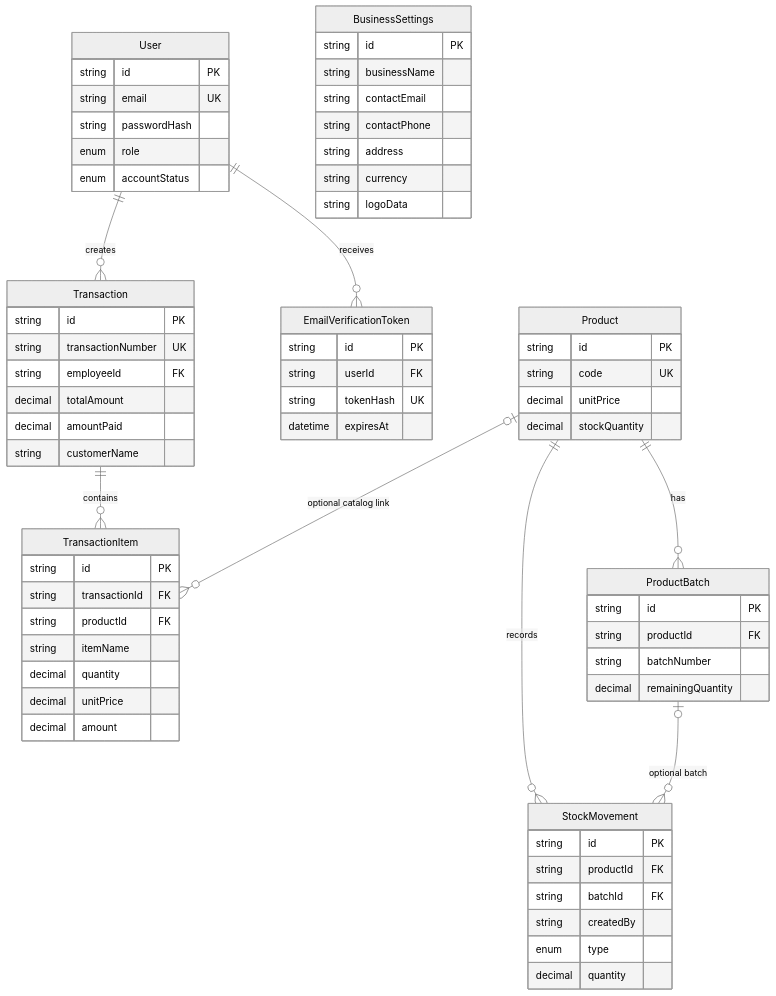
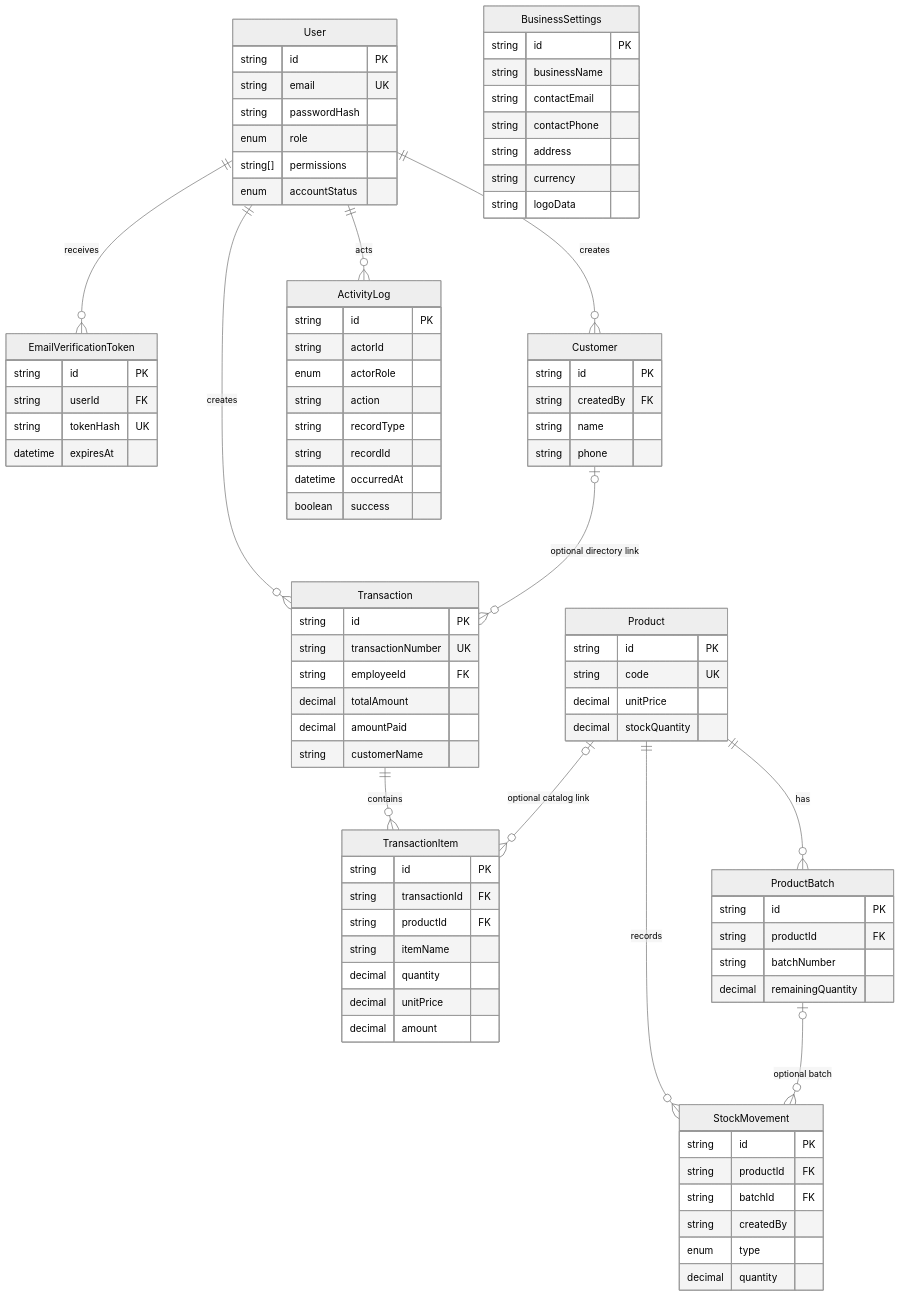
Before and after one commit to Abdullahi-Suugani/BizManager-: the second of 2 diagrams in README.md, drawn with Mermaid (neutral theme). The commit also changed other lines of this file and 38 other files, not shown here.

```diff
--- a/README.md
+++ b/README.md
@@ -371,6 +392,9 @@
 erDiagram
     User ||--o{ Transaction : creates
     User ||--o{ EmailVerificationToken : receives
+    User ||--o{ Customer : creates
+    User ||--o{ ActivityLog : acts
+    Customer o|--o{ Transaction : "optional directory link"
     Transaction ||--o{ TransactionItem : contains
     Product o|--o{ TransactionItem : "optional catalog link"
     Product ||--o{ ProductBatch : has
@@ -385,11 +409,28 @@
         string currency
         string logoData
     }
+    Customer {
+        string id PK
+        string createdBy FK
+        string name
+        string phone
+    }
+    ActivityLog {
+        string id PK
+        string actorId
+        enum actorRole
+        string action
+        string recordType
+        string recordId
+        datetime occurredAt
+        boolean success
+    }
     User {
         string id PK
         string email UK
         string passwordHash
         enum role
+        string[] permissions
         enum accountStatus
     }
     Transaction {
```
